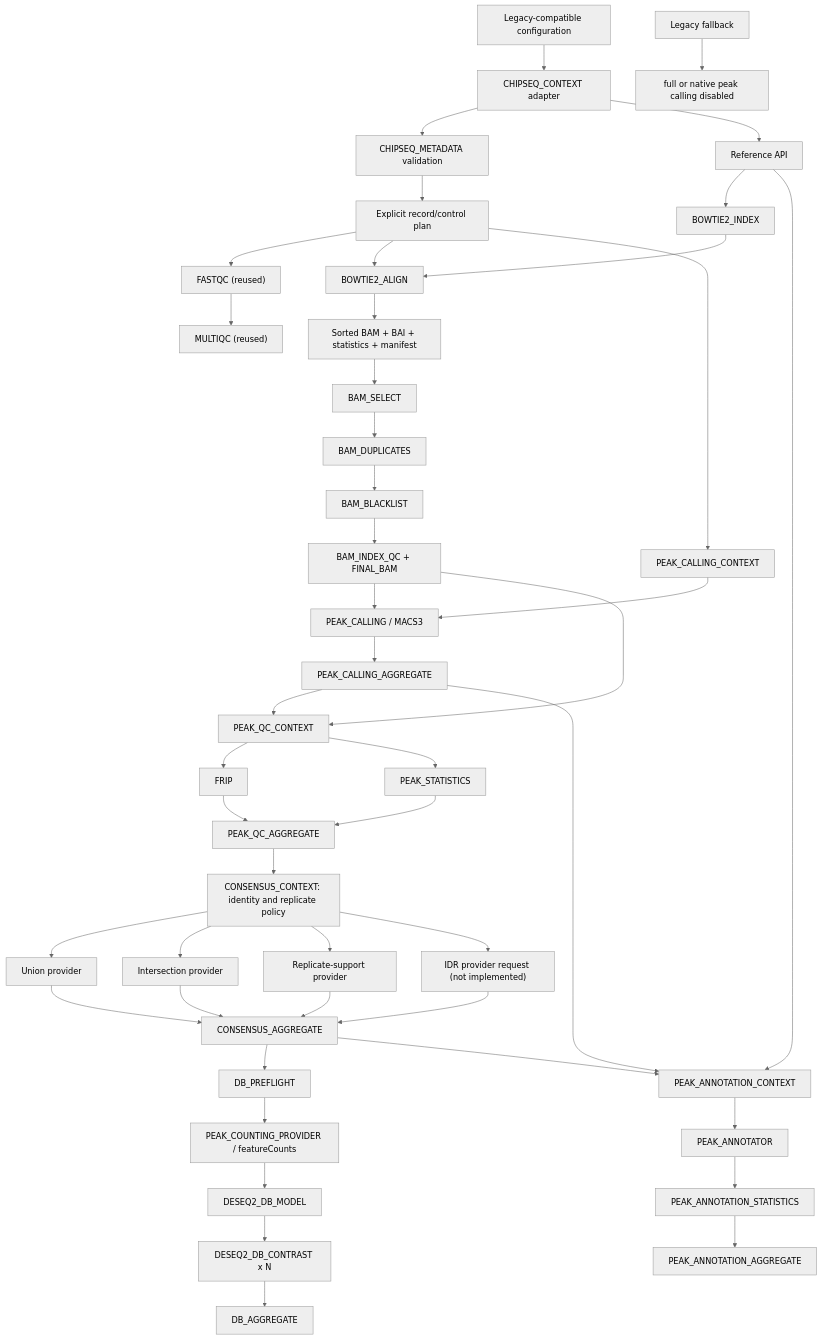
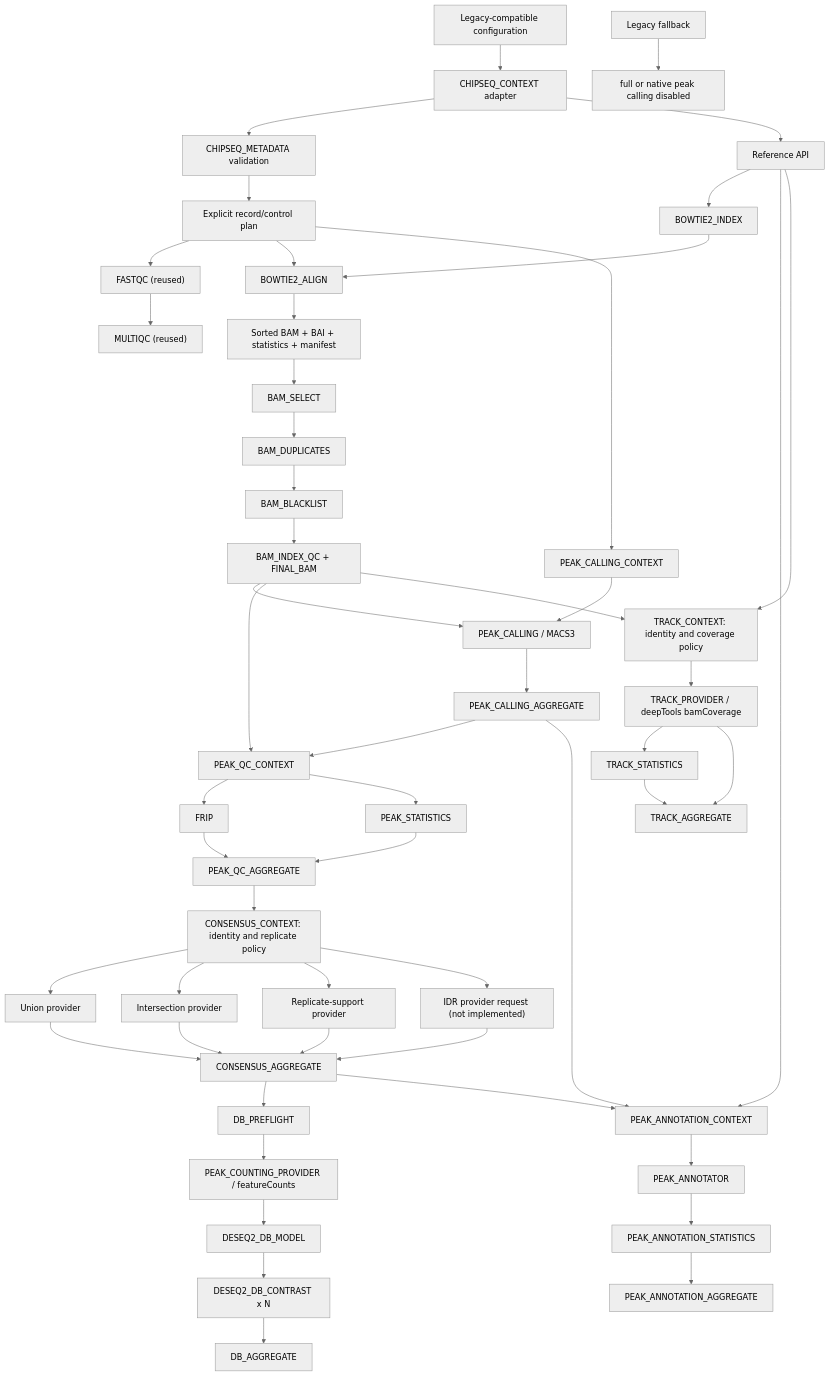
One commit to GMiguelAlves/HelixForge changed the diagram in docs/chipseq-architecture.md. Above: the diagram before and after it, drawn with Mermaid (neutral theme). The commit also changed other lines of this file and 5 other files, not shown here.

````diff
--- a/docs/chipseq-architecture.md
+++ b/docs/chipseq-architecture.md
@@ -7,51 +7,58 @@
 ```mermaid
 flowchart TD
     CFG["Legacy-compatible configuration"] --> CTX["CHIPSEQ_CONTEXT adapter"]
     CTX --> META["CHIPSEQ_METADATA validation"]
     META --> PLAN["Explicit record/control plan"]
     PLAN --> FQ["FASTQC (reused)"]
     FQ --> MQ["MULTIQC (reused)"]
     CTX --> REF["Reference API"]
     REF --> BI["BOWTIE2_INDEX"]
     PLAN --> BA["BOWTIE2_ALIGN"]
     BI --> BA
     BA --> BAM["Sorted BAM + BAI + statistics + manifest"]
 
     BAM --> SEL["BAM_SELECT"]
     SEL --> DUP["BAM_DUPLICATES"]
     DUP --> BL["BAM_BLACKLIST"]
     BL --> FINAL["BAM_INDEX_QC + FINAL_BAM"]
     PLAN --> PCTX["PEAK_CALLING_CONTEXT"]
     FINAL --> PC["PEAK_CALLING / MACS3"]
     PCTX --> PC
     PC --> PAGG["PEAK_CALLING_AGGREGATE"]
     PAGG --> PQC["PEAK_QC_CONTEXT"]
     FINAL --> PQC
     PQC --> FRIP["FRIP"]
     PQC --> PSTAT["PEAK_STATISTICS"]
     FRIP --> QAGG["PEAK_QC_AGGREGATE"]
     PSTAT --> QAGG
     QAGG --> CCTX["CONSENSUS_CONTEXT: identity and replicate policy"]
     CCTX --> UNION["Union provider"]
     CCTX --> INTER["Intersection provider"]
     CCTX --> SUPPORT["Replicate-support provider"]
     CCTX --> IDR["IDR provider request (not implemented)"]
     UNION --> CAGG["CONSENSUS_AGGREGATE"]
     INTER --> CAGG
     SUPPORT --> CAGG
     IDR --> CAGG
     CAGG --> DBP["DB_PREFLIGHT"]
     DBP --> COUNT["PEAK_COUNTING_PROVIDER / featureCounts"]
     COUNT --> DBM["DESEQ2_DB_MODEL"]
     DBM --> DBC["DESEQ2_DB_CONTRAST x N"]
     DBC --> DBA["DB_AGGREGATE"]
 
     PAGG --> ACTX["PEAK_ANNOTATION_CONTEXT"]
     CAGG --> ACTX
     REF --> ACTX
     ACTX --> ANNO["PEAK_ANNOTATOR"]
     ANNO --> ASTAT["PEAK_ANNOTATION_STATISTICS"]
     ASTAT --> AAGG["PEAK_ANNOTATION_AGGREGATE"]
 
+    FINAL --> TCTX["TRACK_CONTEXT: identity and coverage policy"]
+    REF --> TCTX
+    TCTX --> TPROV["TRACK_PROVIDER / deepTools bamCoverage"]
+    TPROV --> TSTAT["TRACK_STATISTICS"]
+    TPROV --> TAGG["TRACK_AGGREGATE"]
+    TSTAT --> TAGG
+
     LEG["Legacy fallback"] --> FULL["full or native peak calling disabled"]
 ```
````
